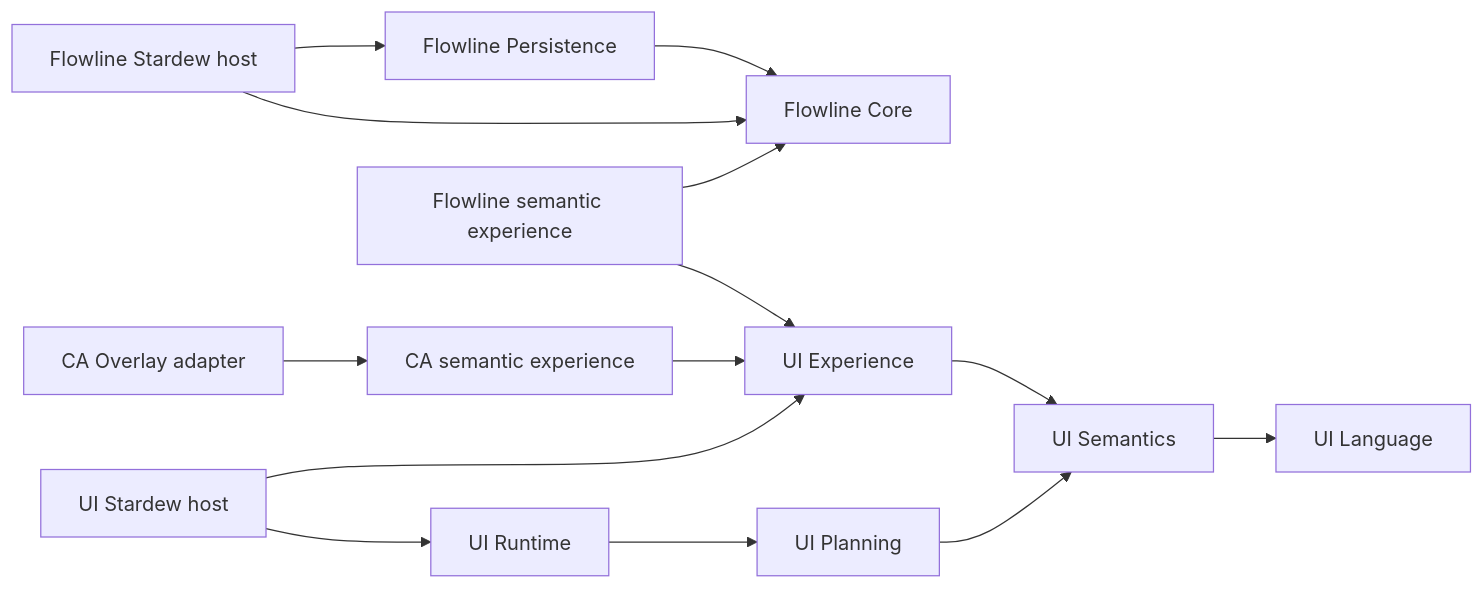
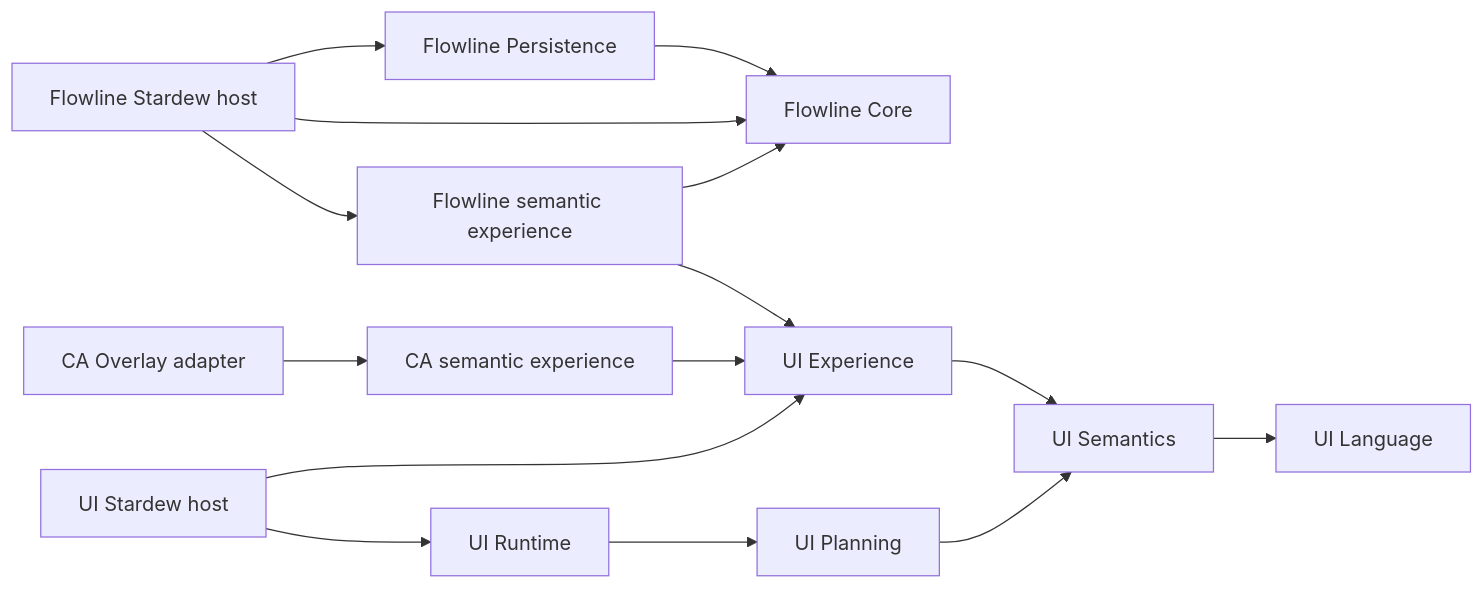
The diagram in ARCHITECTURE.md (ihatectf/Hatifect), drawn with Mermaid before and after one commit. The commit also changed other lines of this file and 113 other files, not shown here.

First line of the commit message:
feat(flow): add save-bound chest transport and semantic management foundation

````diff
--- a/ARCHITECTURE.md
+++ b/ARCHITECTURE.md
@@ -7,16 +7,17 @@
 ```mermaid
 flowchart LR
     Persistence[Flowline Persistence] --> Flow[Flowline Core]
     FlowHost[Flowline Stardew host] --> Flow
     FlowHost --> Persistence
+    FlowHost --> FlowView
     FlowView[Flowline semantic experience] --> Flow
     FlowView --> Experience[UI Experience]
     CA[CA Overlay adapter] --> CAView[CA semantic experience]
     CAView --> Experience
     Experience --> Semantics[UI Semantics]
     Semantics --> Language[UI Language]
     Runtime[UI Runtime] --> Planning[UI Planning]
     Planning --> Semantics
     UIHost[UI Stardew host] --> Runtime
     UIHost --> Experience
 ```
````
